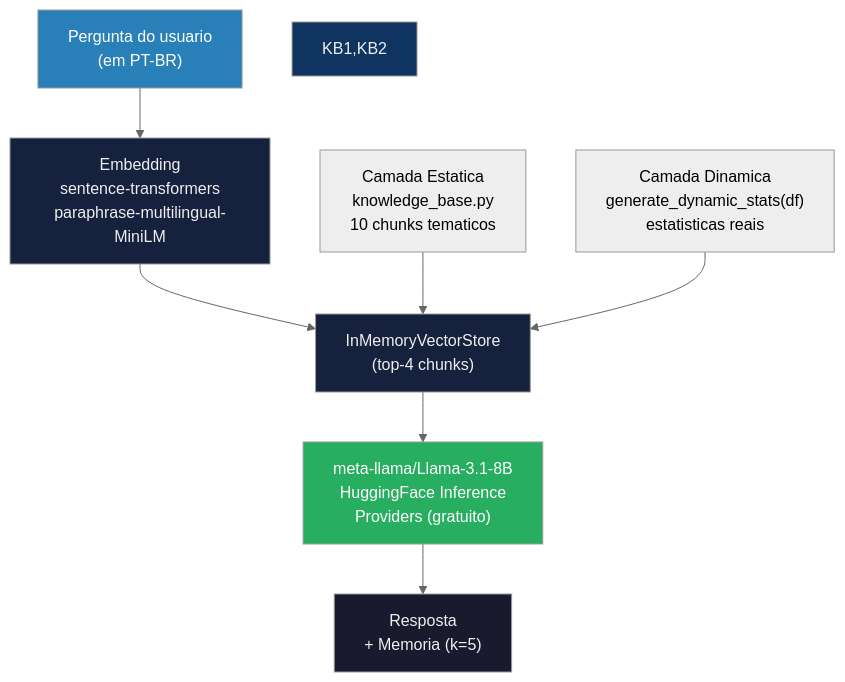
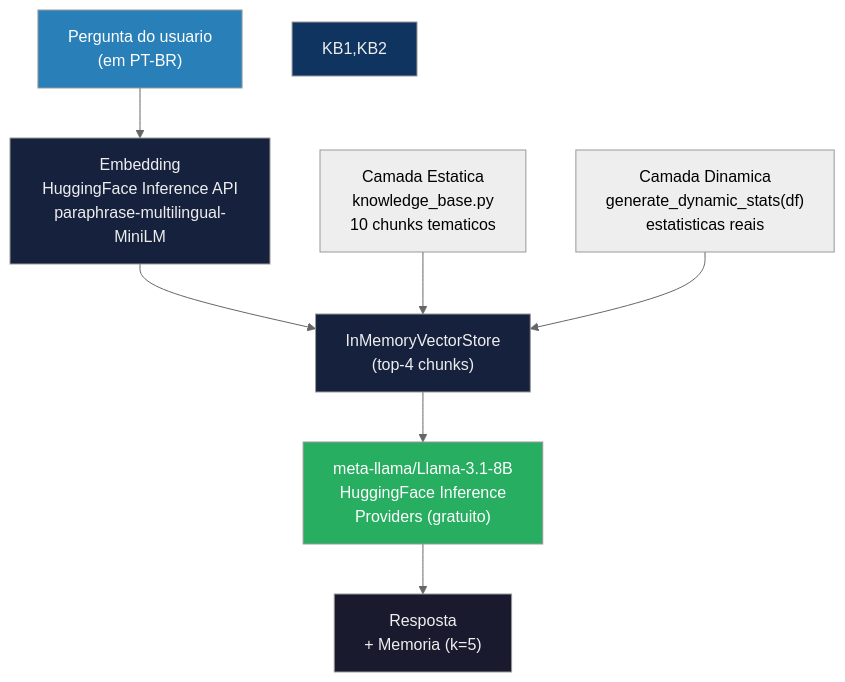
Before and after one commit to cavalcanteprofissional/sanova-micromedicao-dashboard: the fourth of 5 diagrams in README.md, drawn with Mermaid (neutral theme). The commit also changed other lines of this file and 4 other files, not shown here.

Commit message:
fix: substituir HuggingFaceEmbeddings local por InferenceClient API (sem torch)

````diff
--- a/README.md
+++ b/README.md
@@ -170,18 +170,18 @@
 ```mermaid
 flowchart TD
     Q["Pergunta do usuario\n(em PT-BR)"]
-        --> EMB["Embedding\nsentence-transformers\nparaphrase-multilingual-MiniLM"]
+        --> EMB["Embedding\nHuggingFace Inference API\nparaphrase-multilingual-MiniLM"]
         --> VEC["InMemoryVectorStore\n(top-4 chunks)"]
         --> LLM["meta-llama/Llama-3.1-8B\nHuggingFace Inference\nProviders (gratuito)"]
         --> A["Resposta\n+ Memoria (k=5)"]
 
     KB1["Camada Estatica\nknowledge_base.py\n10 chunks tematicos"] --> VEC
     KB2["Camada Dinamica\ngenerate_dynamic_stats(df)\nestatisticas reais"] --> VEC
 
     style Q fill:#2980B9,color:#fff
     style EMB fill:#16213e,color:#eee
     style VEC fill:#16213e,color:#eee
     style LLM fill:#27AE60,color:#fff
     style A fill:#1a1a2e,color:#eee
     style KB1,KB2 fill:#0f3460,color:#eee
 ```
````
